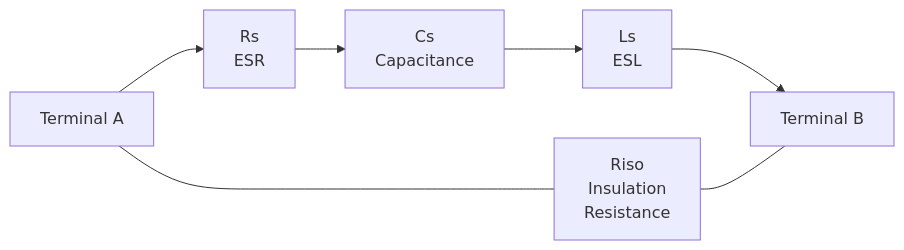
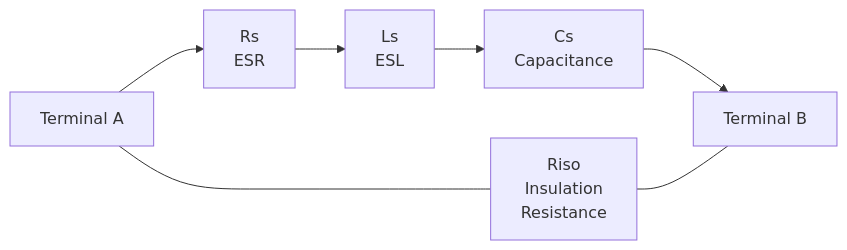
One commit to Power-Supply-Manufacturers-Association/CAS changed the first of 3 diagrams in README.md. Above: the diagram before and after it, drawn with Mermaid. The commit also changed other lines of this file and 12 other files, not shown here.

First line of the commit message:
fix(schema): unblock designRequirements base fields; one technology vocabulary; docs rewritten from the schemas

````diff
--- a/README.md
+++ b/README.md
@@ -179,9 +183,9 @@
 ```mermaid
 flowchart LR
     A["Terminal A"] --> Rs["Rs<br/>ESR"]
-    Rs --> Cs["Cs<br/>Capacitance"]
-    Cs --> Ls["Ls<br/>ESL"]
-    Ls --> B["Terminal B"]
+    Rs --> Ls["Ls<br/>ESL"]
+    Ls --> Cs["Cs<br/>Capacitance"]
+    Cs --> B["Terminal B"]
     A --- Riso["Riso<br/>Insulation<br/>Resistance"]
     Riso --- B
 ```
````
